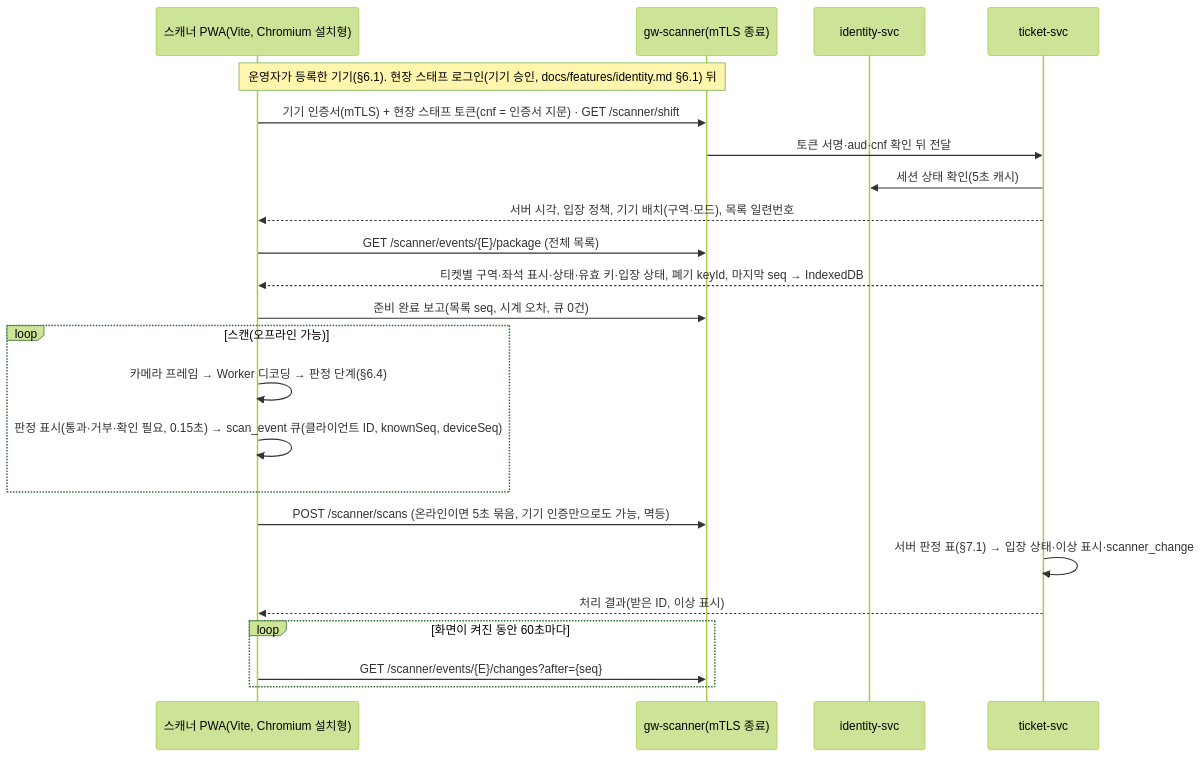
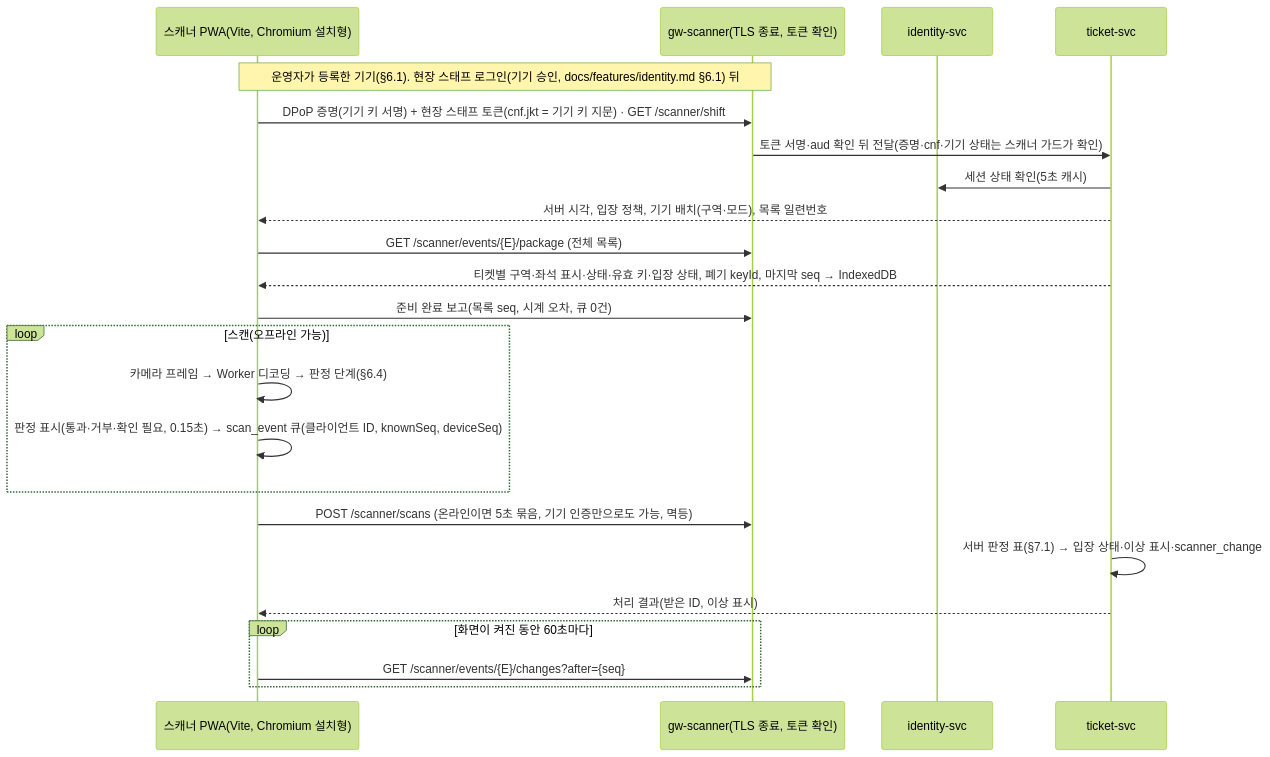
The second of 2 diagrams in docs/features/offline-gate.md (peaket/peaket), drawn with Mermaid (forest theme) before and after one commit. The commit also changed other lines of this file and 228 other files, not shown here.

````diff
--- a/docs/features/offline-gate.md
+++ b/docs/features/offline-gate.md
@@ -105,25 +112,25 @@
 ```mermaid
 sequenceDiagram
     participant S as 스캐너 PWA(Vite, Chromium 설치형)
-    participant GS as gw-scanner(mTLS 종료)
+    participant GS as gw-scanner(TLS 종료, 토큰 확인)
     participant I as identity-svc
     participant T as ticket-svc
     Note over S,GS: 운영자가 등록한 기기(§6.1). 현장 스태프 로그인(기기 승인, docs/features/identity.md §6.1) 뒤
-    S->>GS: 기기 인증서(mTLS) + 현장 스태프 토큰(cnf = 인증서 지문) · GET /scanner/shift
-    GS->>T: 토큰 서명·aud·cnf 확인 뒤 전달
+    S->>GS: DPoP 증명(기기 키 서명) + 현장 스태프 토큰(cnf.jkt = 기기 키 지문) · GET /scanner/shift
+    GS->>T: 토큰 서명·aud 확인 뒤 전달(증명·cnf·기기 상태는 스캐너 가드가 확인)
     T->>I: 세션 상태 확인(5초 캐시)
     T-->>S: 서버 시각, 입장 정책, 기기 배치(구역·모드), 목록 일련번호
     S->>GS: GET /scanner/events/{E}/package (전체 목록)
     T-->>S: 티켓별 구역·좌석 표시·상태·유효 키·입장 상태, 폐기 keyId, 마지막 seq → IndexedDB
     S->>GS: 준비 완료 보고(목록 seq, 시계 오차, 큐 0건)
     loop 스캔(오프라인 가능)
         S->>S: 카메라 프레임 → Worker 디코딩 → 판정 단계(§6.4)
         S->>S: 판정 표시(통과·거부·확인 필요, 0.15초) → scan_event 큐(클라이언트 ID, knownSeq, deviceSeq)
     end
     S->>GS: POST /scanner/scans (온라인이면 5초 묶음, 기기 인증만으로도 가능, 멱등)
     T->>T: 서버 판정 표(§7.1) → 입장 상태·이상 표시·scanner_change
     T-->>S: 처리 결과(받은 ID, 이상 표시)
     loop 화면이 켜진 동안 60초마다
         S->>GS: GET /scanner/events/{E}/changes?after={seq}
     end
 ```
````
